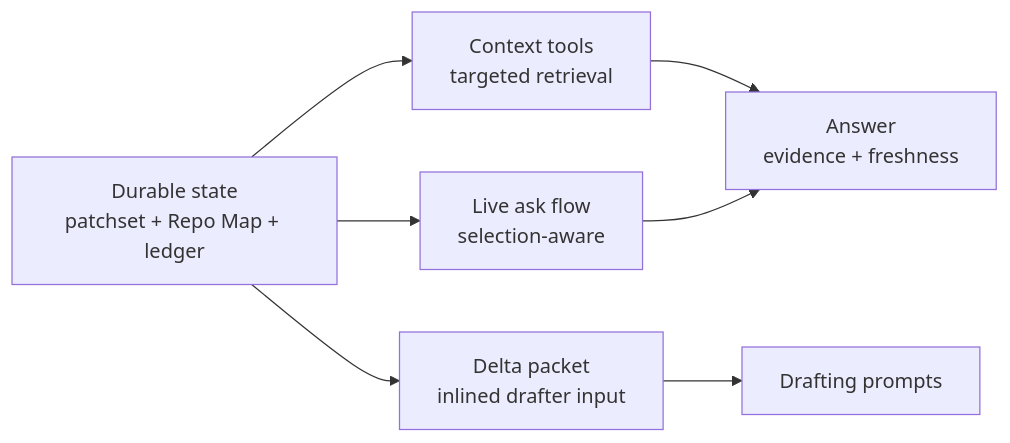
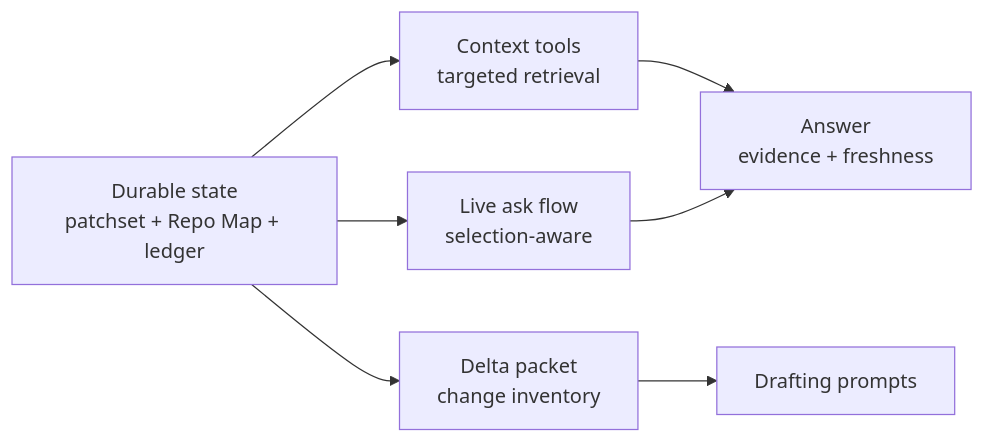
One commit to rbutera/Rennet changed the diagram in docs/developing/concepts/context-assembly.md. Above: the diagram before and after it, drawn with Mermaid. The commit also changed other lines of this file and 42 other files, not shown here.

````diff
--- a/docs/developing/concepts/context-assembly.md
+++ b/docs/developing/concepts/context-assembly.md
@@ -10,13 +10,13 @@
 ```mermaid
 flowchart LR
   stores["Durable state<br/>patchset + Repo Map + ledger"]
   tools["Context tools<br/>targeted retrieval"]
   ask["Live ask flow<br/>selection-aware"]
-  packet["Delta packet<br/>inlined drafter input"]
+  packet["Delta packet<br/>change inventory"]
   answer["Answer<br/>evidence + freshness"]
   prompts["Drafting prompts"]
 
   stores --> tools --> answer
   stores --> ask --> answer
   stores --> packet --> prompts
 ```
````
